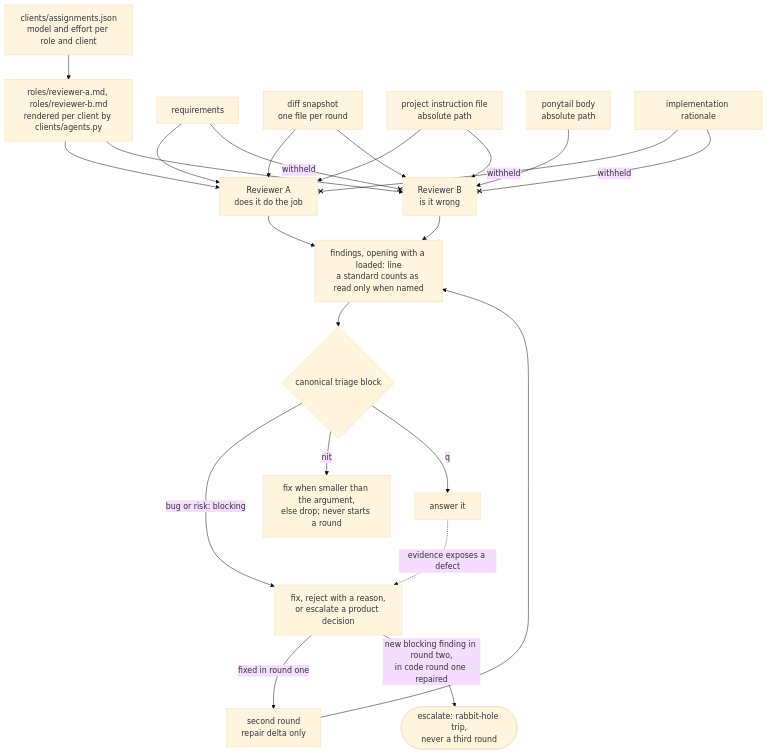
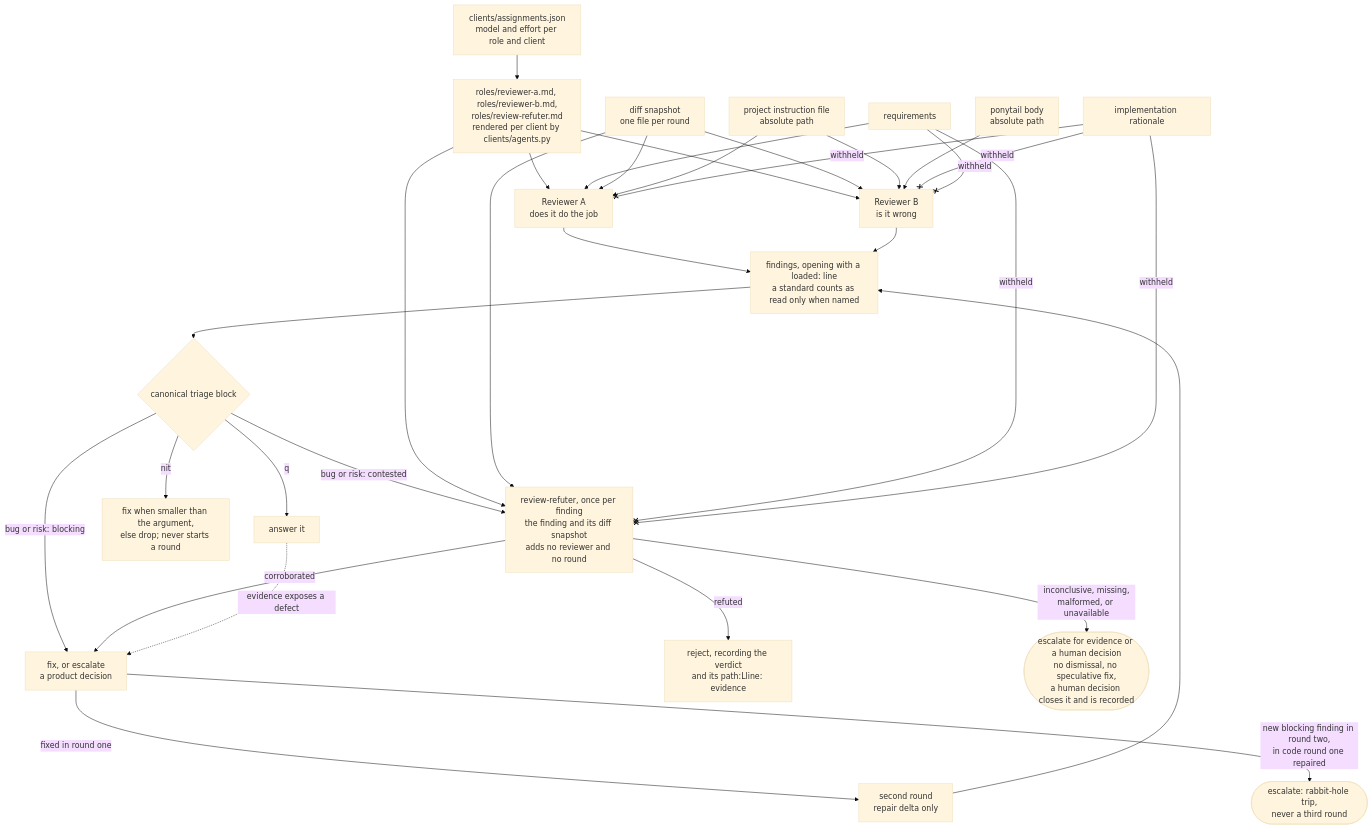
Before and after one commit to jvillegasd/harness: the second of 4 diagrams in harness/README.md, drawn with Mermaid (base theme). The commit also changed other lines of this file and 13 other files, not shown here.

First line of the commit message:
feat(review): adjudicate contested findings (#110)

````diff
--- a/harness/README.md
+++ b/harness/README.md
@@ -122,25 +124,33 @@
 ```mermaid
 flowchart TD
-    assign["clients/assignments.json<br>model and effort per role and client"] --> roles["roles/reviewer-a.md, roles/reviewer-b.md<br>rendered per client by clients/agents.py"]
+    assign["clients/assignments.json<br>model and effort per role and client"] --> roles["roles/reviewer-a.md, roles/reviewer-b.md,<br>roles/review-refuter.md<br>rendered per client by clients/agents.py"]
     roles --> a["Reviewer A<br>does it do the job"]
     roles --> b["Reviewer B<br>is it wrong"]
     req["requirements"] --> a
     snap["diff snapshot<br>one file per round"] --> a
     snap --> b
     project["project instruction file<br>absolute path"] --> a
     project --> b
     ponytail["ponytail body<br>absolute path"] --> b
     rationale["implementation rationale"] --x|withheld| a
     rationale --x|withheld| b
     req --x|withheld| b
     a --> findings["findings, opening with a loaded: line<br>a standard counts as read only when named"]
     b --> findings
     findings --> triage{"canonical triage block"}
-    triage -->|bug or risk: blocking| blocking["fix, reject with a reason,<br>or escalate a product decision"]
+    triage -->|bug or risk: blocking| blocking["fix, or escalate<br>a product decision"]
+    triage -->|bug or risk: contested| refuter["review-refuter, once per finding<br>the finding and its diff snapshot<br>adds no reviewer and no round"]
+    roles --> refuter
+    snap --> refuter
+    req --x|withheld| refuter
+    rationale --x|withheld| refuter
+    refuter -->|corroborated| blocking
+    refuter -->|refuted| rejected["reject, recording the verdict<br>and its path:Lline: evidence"]
+    refuter -->|inconclusive, missing,<br>malformed, or unavailable| uncertain(["escalate for evidence or a human decision<br>no dismissal, no speculative fix,<br>a human decision closes it and is recorded"])
     triage -->|nit| nit["fix when smaller than the argument,<br>else drop; never starts a round"]
     triage -->|q| question["answer it"]
     question -.->|evidence exposes a defect| blocking
     blocking -->|fixed in round one| delta["second round<br>repair delta only"]
     delta --> findings
     blocking -->|new blocking finding in round two,<br>in code round one repaired| escalate(["escalate: rabbit-hole trip,<br>never a third round"])
 ```
````
